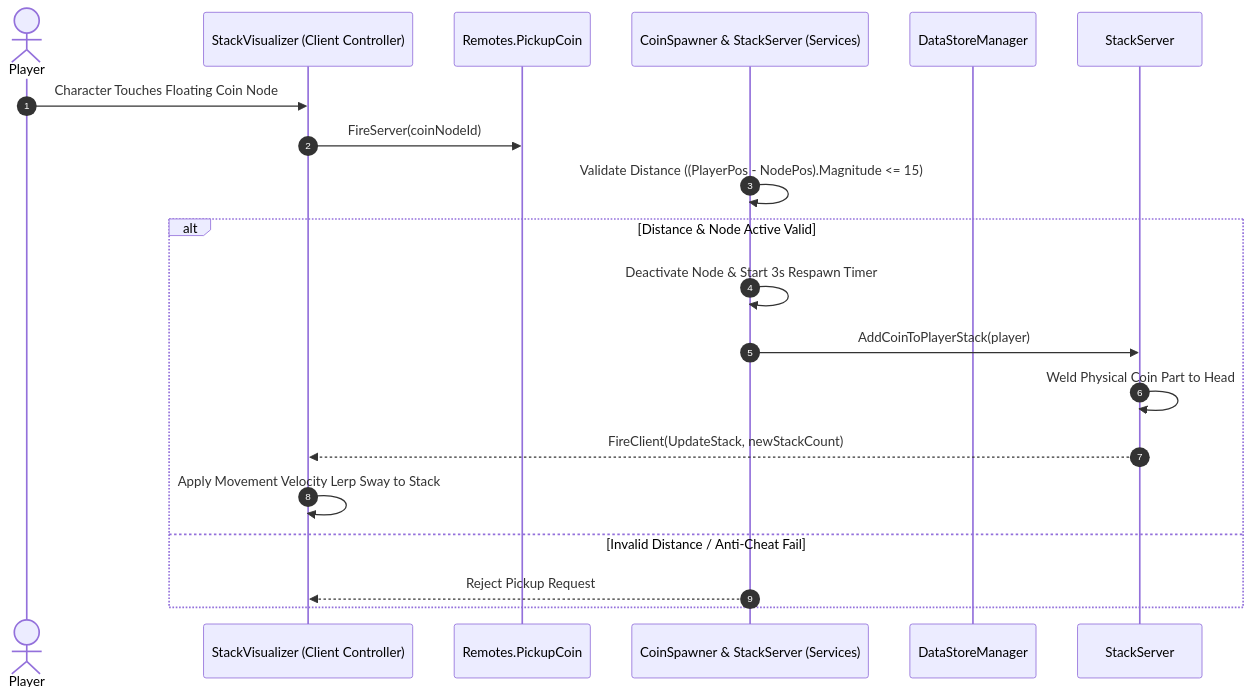
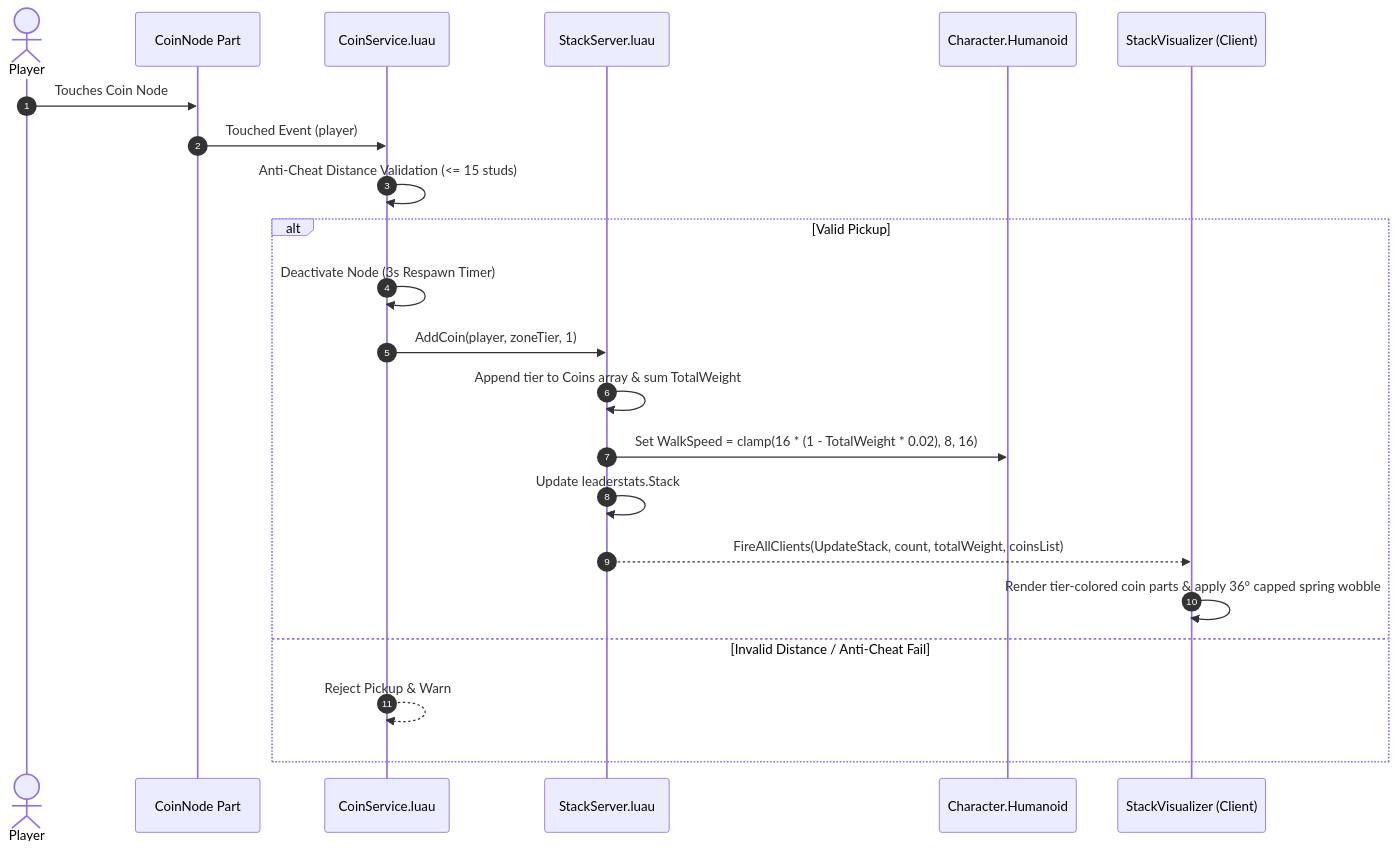
One commit to mfadlanridho/dont-drop-the-coin changed the diagram in docs/systems/02_COIN_STACKING_ENGINE.md. Above: the diagram before and after it, drawn with Mermaid. The commit also changed other lines of this file and 6 other files, not shown here.

Commit message:
docs: update system specifications for banking, guard AI, debug GUI, and add zone service documentation

````diff
--- a/docs/systems/02_COIN_STACKING_ENGINE.md
+++ b/docs/systems/02_COIN_STACKING_ENGINE.md
@@ -17,22 +28,25 @@
 ```mermaid
 sequenceDiagram
     autonumber
     actor Player
-    participant Client as StackVisualizer (Client Controller)
-    participant Remotes as Remotes.PickupCoin
-    participant Server as CoinSpawner & StackServer (Services)
-    participant DSM as DataStoreManager
+    participant Node as CoinNode Part
+    participant CS as CoinService.luau
+    participant SS as StackServer.luau
+    participant Char as Character.Humanoid
+    participant Client as StackVisualizer (Client)
 
-    Player->>Client: Character Touches Floating Coin Node
-    Client->>Remotes: FireServer(coinNodeId)
-    Server->>Server: Validate Distance ((PlayerPos - NodePos).Magnitude <= 15)
-    alt Distance & Node Active Valid
-        Server->>Server: Deactivate Node & Start 3s Respawn Timer
-        Server->>StackServer: AddCoinToPlayerStack(player)
-        StackServer->>StackServer: Weld Physical Coin Part to Head
-        StackServer-->>Client: FireClient(UpdateStack, newStackCount)
-        Client->>Client: Apply Movement Velocity Lerp Sway to Stack
+    Player->>Node: Touches Coin Node
+    Node->>CS: Touched Event (player)
+    CS->>CS: Anti-Cheat Distance Validation (<= 15 studs)
+    alt Valid Pickup
+        CS->>CS: Deactivate Node (3s Respawn Timer)
+        CS->>SS: AddCoin(player, zoneTier, 1)
+        SS->>SS: Append tier to Coins array & sum TotalWeight
+        SS->>Char: Set WalkSpeed = clamp(16 * (1 - TotalWeight * 0.02), 8, 16)
+        SS->>SS: Update leaderstats.Stack
+        SS-->>Client: FireAllClients(UpdateStack, count, totalWeight, coinsList)
+        Client->>Client: Render tier-colored coin parts & apply 36° capped spring wobble
     else Invalid Distance / Anti-Cheat Fail
-        Server-->>Client: Reject Pickup Request
+        CS-->>CS: Reject Pickup & Warn
     end
 ```
````
